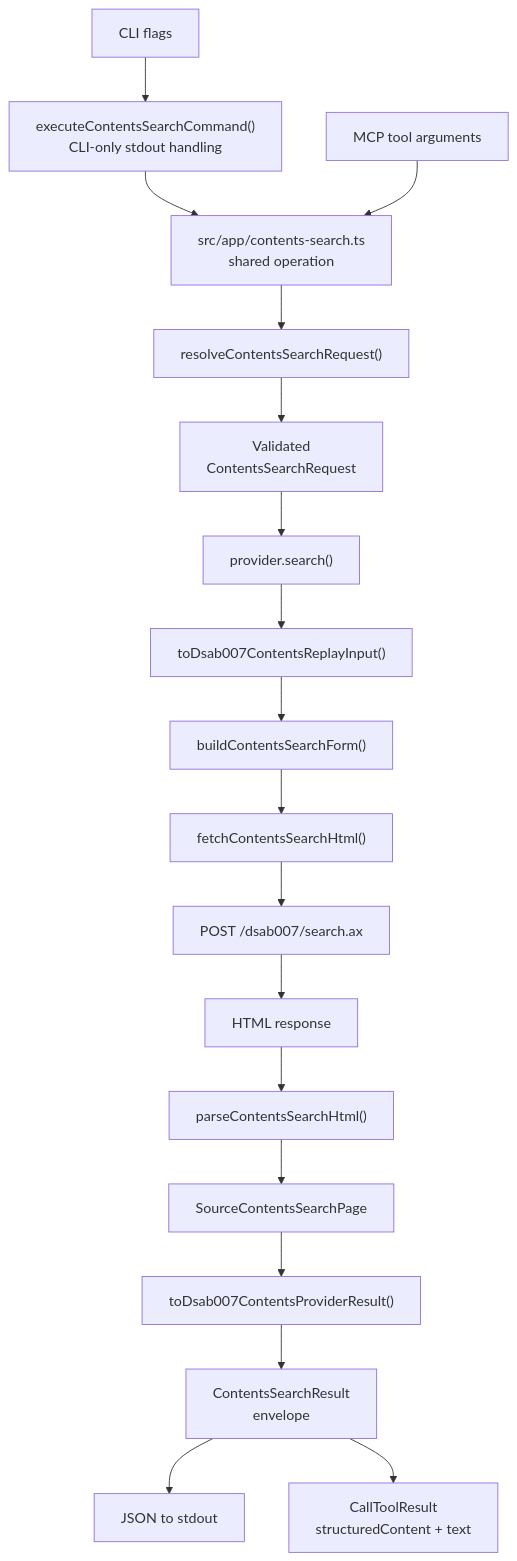
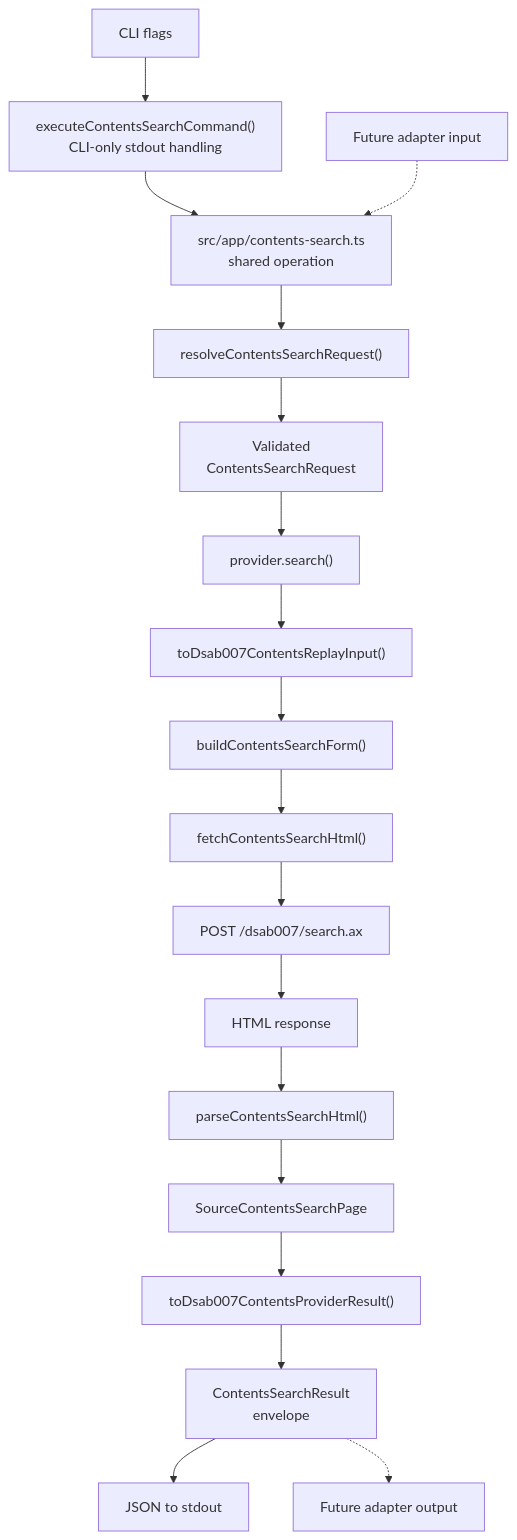
Before and after one commit to cpaikr/darty: the fourth of 6 diagrams in src/ARCHITECTURE.md, drawn with Mermaid. The commit also changed other lines of this file and 29 other files, not shown here.

Commit message:
Archive active MCP adapter

````diff
--- a/src/ARCHITECTURE.md
+++ b/src/ARCHITECTURE.md
@@ -191,39 +189,39 @@
 ```mermaid
 graph TD
     CLI_INPUT["CLI flags"]
-    MCP_INPUT["MCP tool arguments"]
+    FUTURE_INPUT["Future adapter input"]
     CLI_CMD["executeContentsSearchCommand()\nCLI-only stdout handling"]
     APP["src/app/contents-search.ts\nshared operation"]
     RESOLVE["resolveContentsSearchRequest()"]
     REQUEST["Validated\nContentsSearchRequest"]
     PROVIDER["provider.search()"]
     TO_REPLAY["toDsab007ContentsReplayInput()"]
     BUILD["buildContentsSearchForm()"]
     FETCH["fetchContentsSearchHtml()"]
     POST["POST /dsab007/search.ax"]
     HTML["HTML response"]
     PARSE_HTML["parseContentsSearchHtml()"]
     SOURCE_PAGE["SourceContentsSearchPage"]
     TO_RESULT["toDsab007ContentsProviderResult()"]
     ENVELOPE["ContentsSearchResult\nenvelope"]
     CLI_OUTPUT["JSON to stdout"]
-    MCP_OUTPUT["CallToolResult\nstructuredContent + text"]
+    FUTURE_OUTPUT["Future adapter output"]
 
     CLI_INPUT --> CLI_CMD
     CLI_CMD --> APP
-    MCP_INPUT --> APP
+    FUTURE_INPUT -.-> APP
     APP --> RESOLVE
     RESOLVE --> REQUEST
     REQUEST --> PROVIDER
     PROVIDER --> TO_REPLAY
     TO_REPLAY --> BUILD
     BUILD --> FETCH
     FETCH --> POST
     POST --> HTML
     HTML --> PARSE_HTML
     PARSE_HTML --> SOURCE_PAGE
     SOURCE_PAGE --> TO_RESULT
     TO_RESULT --> ENVELOPE
     ENVELOPE --> CLI_OUTPUT
-    ENVELOPE --> MCP_OUTPUT
+    ENVELOPE -.-> FUTURE_OUTPUT
 ```
````
